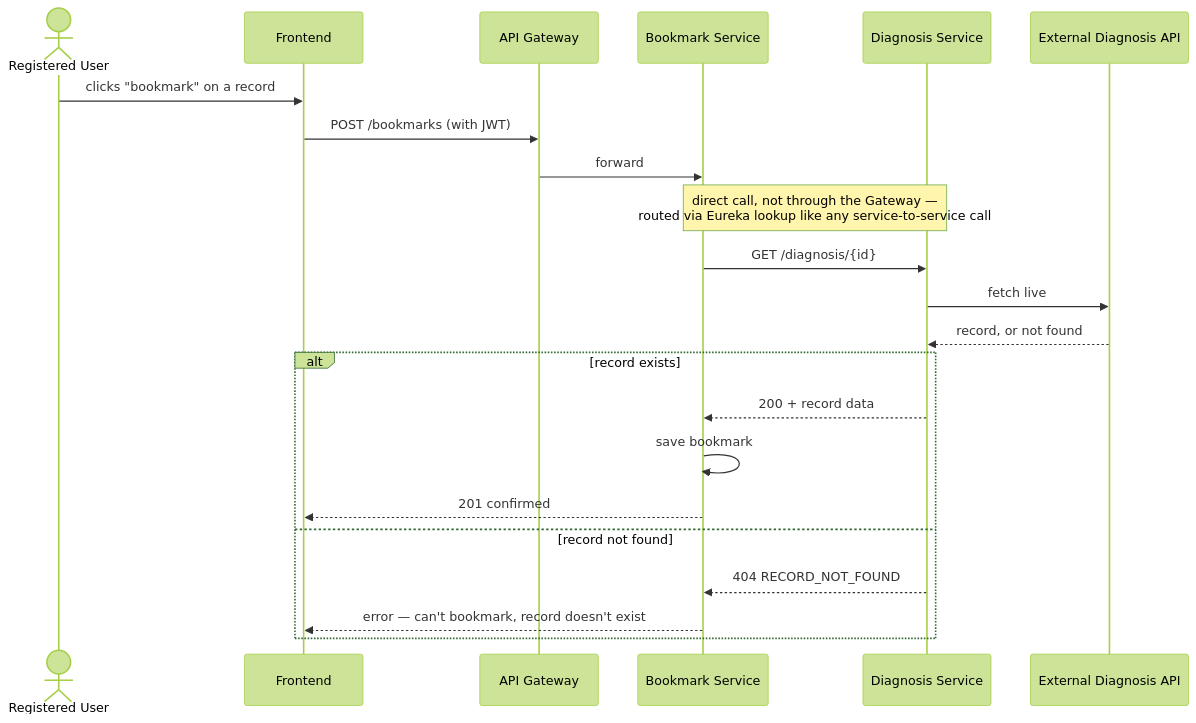
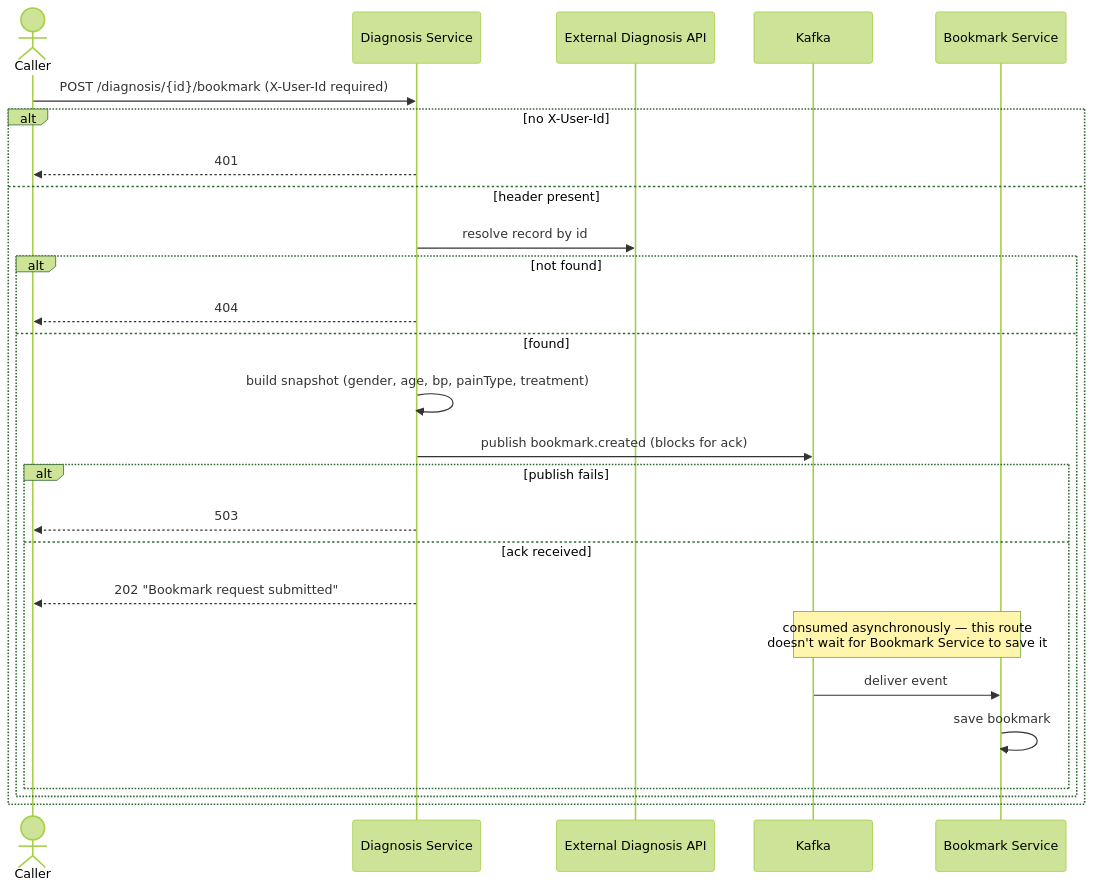
Before and after one commit to mathaisjustin/cardiac-diagonistics: the fourth of 4 diagrams in docs/01-services/diagnosis-service/flows.md, drawn with Mermaid (forest theme). The commit also changed other lines of this file and 29 other files, not shown here.

````diff
--- a/docs/01-services/diagnosis-service/flows.md
+++ b/docs/01-services/diagnosis-service/flows.md
@@ -75,26 +65,29 @@
 ```mermaid
 sequenceDiagram
-    actor U as Registered User
-    participant FE as Frontend
-    participant GW as API Gateway
-    participant B as Bookmark Service
+    actor U as Caller
     participant D as Diagnosis Service
     participant EXT as External Diagnosis API
+    participant K as Kafka
+    participant B as Bookmark Service
 
-    U->>FE: clicks "bookmark" on a record
-    FE->>GW: POST /bookmarks (with JWT)
-    GW->>B: forward
-    Note over B,D: direct call, not through the Gateway —<br/>routed via Eureka lookup like any service-to-service call
-    B->>D: GET /diagnosis/{id}
-    D->>EXT: fetch live
-    EXT-->>D: record, or not found
-
-    alt record exists
-        D-->>B: 200 + record data
-        B->>B: save bookmark
-        B-->>FE: 201 confirmed
-    else record not found
-        D-->>B: 404 RECORD_NOT_FOUND
-        B-->>FE: error — can't bookmark, record doesn't exist
+    U->>D: POST /diagnosis/{id}/bookmark (X-User-Id required)
+    alt no X-User-Id
+        D-->>U: 401
+    else header present
+        D->>EXT: resolve record by id
+        alt not found
+            D-->>U: 404
+        else found
+            D->>D: build snapshot (gender, age, bp, painType, treatment)
+            D->>K: publish bookmark.created (blocks for ack)
+            alt publish fails
+                D-->>U: 503
+            else ack received
+                D-->>U: 202 "Bookmark request submitted"
+                Note over K,B: consumed asynchronously — this route<br/>doesn't wait for Bookmark Service to save it
+                K->>B: deliver event
+                B->>B: save bookmark
+            end
+        end
     end
 ```
````
